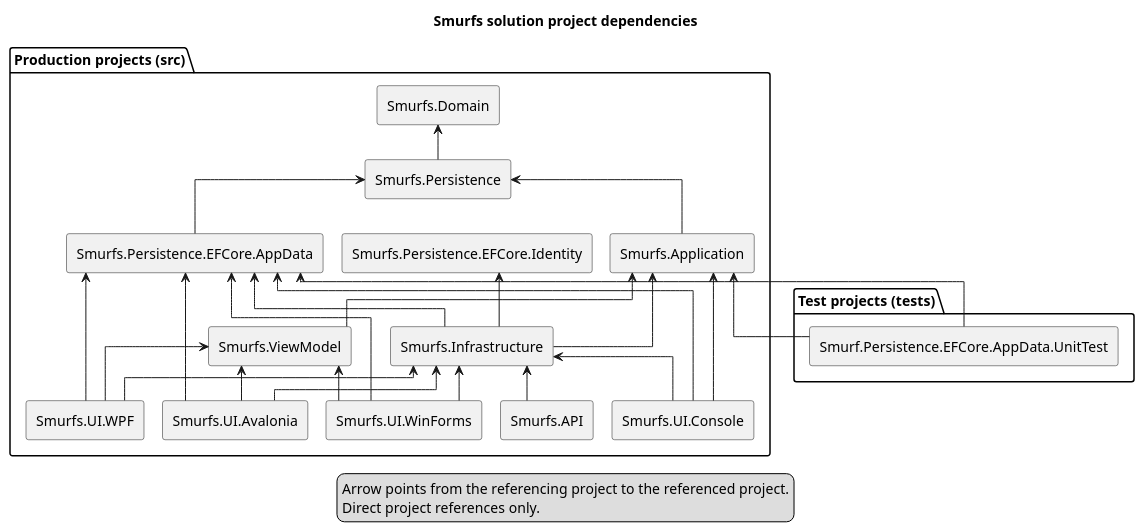
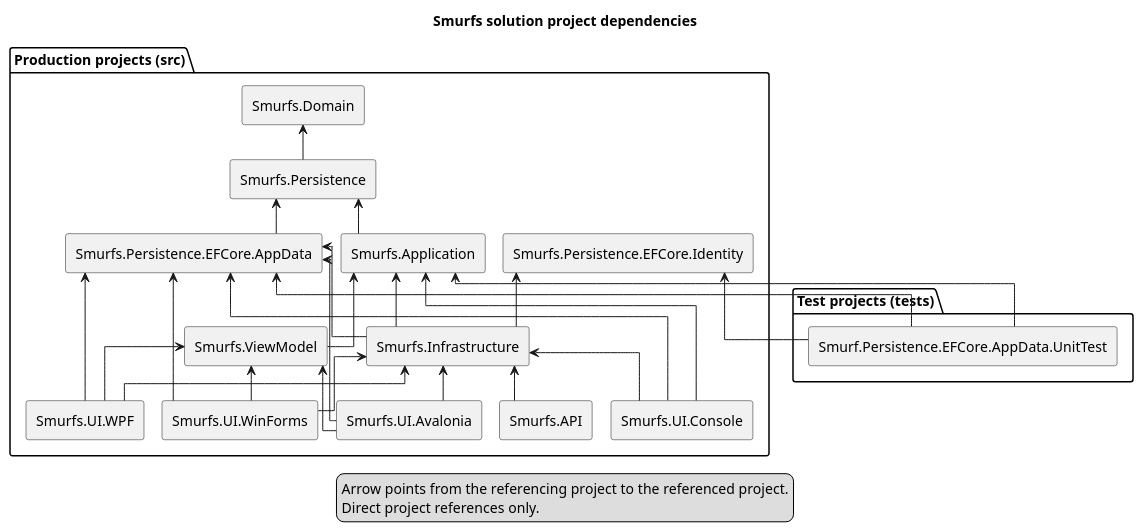
The diagram in docs/structural/diagrams/project-dependencies.puml (EbbeMeloSorensen/Smurfs), drawn with PlantUML before and after one commit. The commit also changed 25 other files, not shown here.

Commit message:
Codex split up migrations for EFCore identity

```diff
--- a/docs/structural/diagrams/project-dependencies.puml
+++ b/docs/structural/diagrams/project-dependencies.puml
@@ -1,55 +1,56 @@
 @startuml
 title Smurfs solution project dependencies
 ' Keep nodes and arrows aligned with Smurfs.sln and direct ProjectReference items.
 skinparam componentStyle rectangle
 skinparam linetype ortho
 skinparam nodesep 18
 skinparam ranksep 35
 
 package "Production projects (src)" {
   component "Smurfs.API" as Smurfs_API
   component "Smurfs.Application" as Smurfs_Application
   component "Smurfs.Domain" as Smurfs_Domain
   component "Smurfs.Infrastructure" as Smurfs_Infrastructure
   component "Smurfs.Persistence" as Smurfs_Persistence
   component "Smurfs.Persistence.EFCore.AppData" as Smurfs_Persistence_EFCore_AppData
   component "Smurfs.Persistence.EFCore.Identity" as Smurfs_Persistence_EFCore_Identity
   component "Smurfs.UI.Avalonia" as Smurfs_UI_Avalonia
   component "Smurfs.UI.Console" as Smurfs_UI_Console
   component "Smurfs.UI.WinForms" as Smurfs_UI_WinForms
   component "Smurfs.UI.WPF" as Smurfs_UI_WPF
   component "Smurfs.ViewModel" as Smurfs_ViewModel
 }
 
 package "Test projects (tests)" {
   component "Smurf.Persistence.EFCore.AppData.UnitTest" as Smurf_Persistence_EFCore_AppData_UnitTest
 }
 
 Smurfs_API -up-> Smurfs_Infrastructure
 Smurfs_Application -up-> Smurfs_Persistence
 Smurfs_Infrastructure -up-> Smurfs_Application
 Smurfs_Infrastructure -up-> Smurfs_Persistence_EFCore_AppData
 Smurfs_Infrastructure -up-> Smurfs_Persistence_EFCore_Identity
 Smurfs_Persistence -up-> Smurfs_Domain
 Smurfs_Persistence_EFCore_AppData -up-> Smurfs_Persistence
 Smurfs_UI_Avalonia -up-> Smurfs_Infrastructure
 Smurfs_UI_Avalonia -up-> Smurfs_Persistence_EFCore_AppData
 Smurfs_UI_Avalonia -up-> Smurfs_ViewModel
 Smurfs_UI_Console -up-> Smurfs_Application
 Smurfs_UI_Console -up-> Smurfs_Infrastructure
 Smurfs_UI_Console -up-> Smurfs_Persistence_EFCore_AppData
 Smurfs_UI_WinForms -up-> Smurfs_Infrastructure
 Smurfs_UI_WinForms -up-> Smurfs_Persistence_EFCore_AppData
 Smurfs_UI_WinForms -up-> Smurfs_ViewModel
 Smurfs_UI_WPF -up-> Smurfs_Infrastructure
 Smurfs_UI_WPF -up-> Smurfs_Persistence_EFCore_AppData
 Smurfs_UI_WPF -up-> Smurfs_ViewModel
 Smurfs_ViewModel -up-> Smurfs_Application
 Smurf_Persistence_EFCore_AppData_UnitTest -up-> Smurfs_Application
 Smurf_Persistence_EFCore_AppData_UnitTest -up-> Smurfs_Persistence_EFCore_AppData
+Smurf_Persistence_EFCore_AppData_UnitTest -up-> Smurfs_Persistence_EFCore_Identity
 
 legend bottom
   Arrow points from the referencing project to the referenced project.
   Direct project references only.
 endlegend
 @enduml
```
